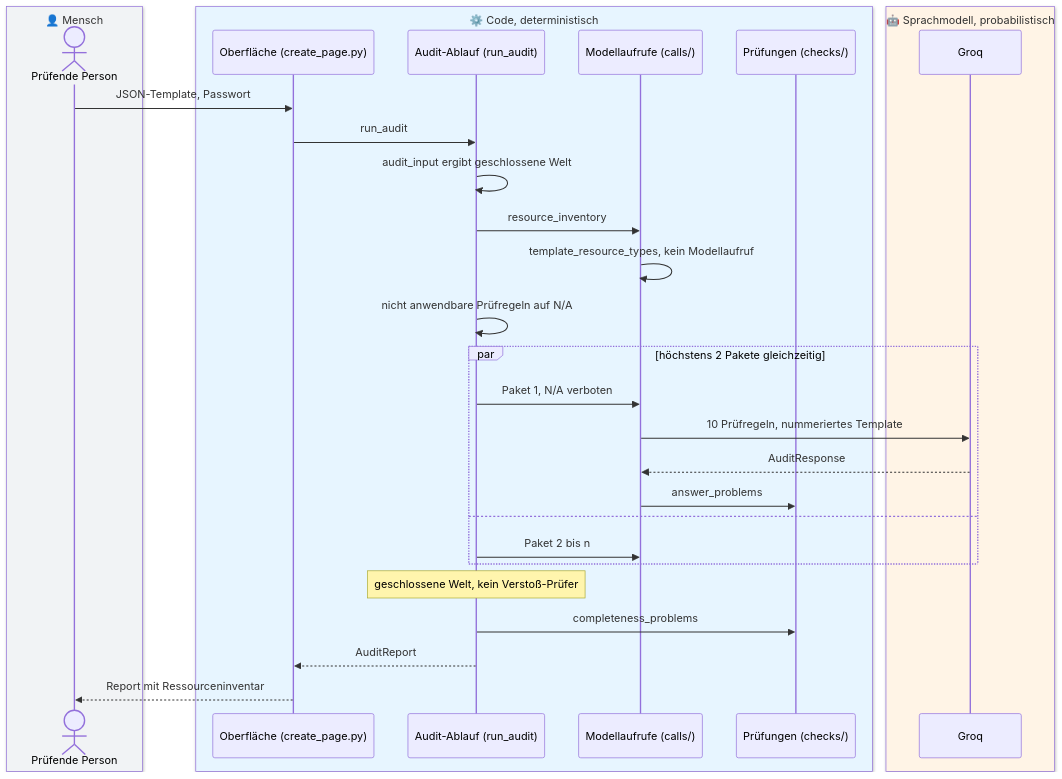
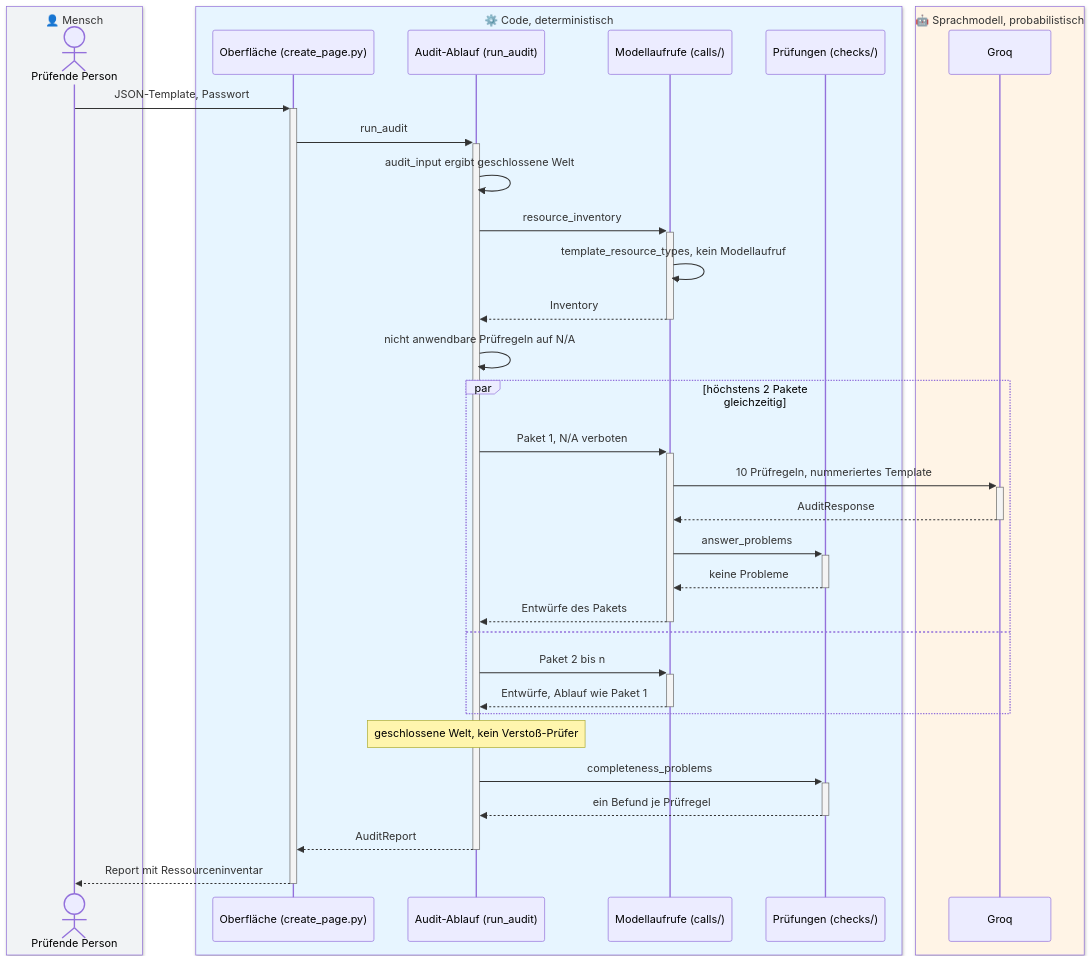
Diagram 18 of 25 in docs/ARCHITECTURE.md (Daniel74/GovGuard), drawn with Mermaid before and after one commit. The commit also changed other lines of this file and 8 other files, not shown here.

Commit message:
#73 Architecture - second version

````diff
--- a/docs/ARCHITECTURE.md
+++ b/docs/ARCHITECTURE.md
@@ -1388,33 +1897,38 @@
 ```mermaid
 sequenceDiagram
   box rgb(241,243,245) 👤 Mensch
     actor P as Prüfende Person
   end
   box rgb(231,245,255) ⚙️ Code, deterministisch
     participant UI as Oberfläche (create_page.py)
     participant AE as Audit-Ablauf (run_audit)
     participant MC as Modellaufrufe (calls/)
     participant CH as Prüfungen (checks/)
   end
   box rgb(255,244,230) 🤖 Sprachmodell, probabilistisch
     participant M as Groq
   end
-  P->>UI: JSON-Template, Passwort
-  UI->>AE: run_audit
+  P->>+UI: JSON-Template, Passwort
+  UI->>+AE: run_audit
   AE->>AE: audit_input ergibt geschlossene Welt
-  AE->>MC: resource_inventory
+  AE->>+MC: resource_inventory
   MC->>MC: template_resource_types, kein Modellaufruf
+  MC-->>-AE: Inventory
   AE->>AE: nicht anwendbare Prüfregeln auf N/A
   par höchstens 2 Pakete gleichzeitig
-    AE->>MC: Paket 1, N/A verboten
-    MC->>M: 10 Prüfregeln, nummeriertes Template
-    M-->>MC: AuditResponse
-    MC->>CH: answer_problems
+    AE->>+MC: Paket 1, N/A verboten
+    MC->>+M: 10 Prüfregeln, nummeriertes Template
+    M-->>-MC: AuditResponse
+    MC->>+CH: answer_problems
+    CH-->>-MC: keine Probleme
+    MC-->>-AE: Entwürfe des Pakets
   and
-    AE->>MC: Paket 2 bis n
+    AE->>+MC: Paket 2 bis n
+    MC-->>-AE: Entwürfe, Ablauf wie Paket 1
   end
   Note over AE: geschlossene Welt, kein Verstoß-Prüfer
-  AE->>CH: completeness_problems
-  AE-->>UI: AuditReport
-  UI-->>P: Report mit Ressourceninventar
+  AE->>+CH: completeness_problems
+  CH-->>-AE: ein Befund je Prüfregel
+  AE-->>-UI: AuditReport
+  UI-->>-P: Report mit Ressourceninventar
 ```
````
